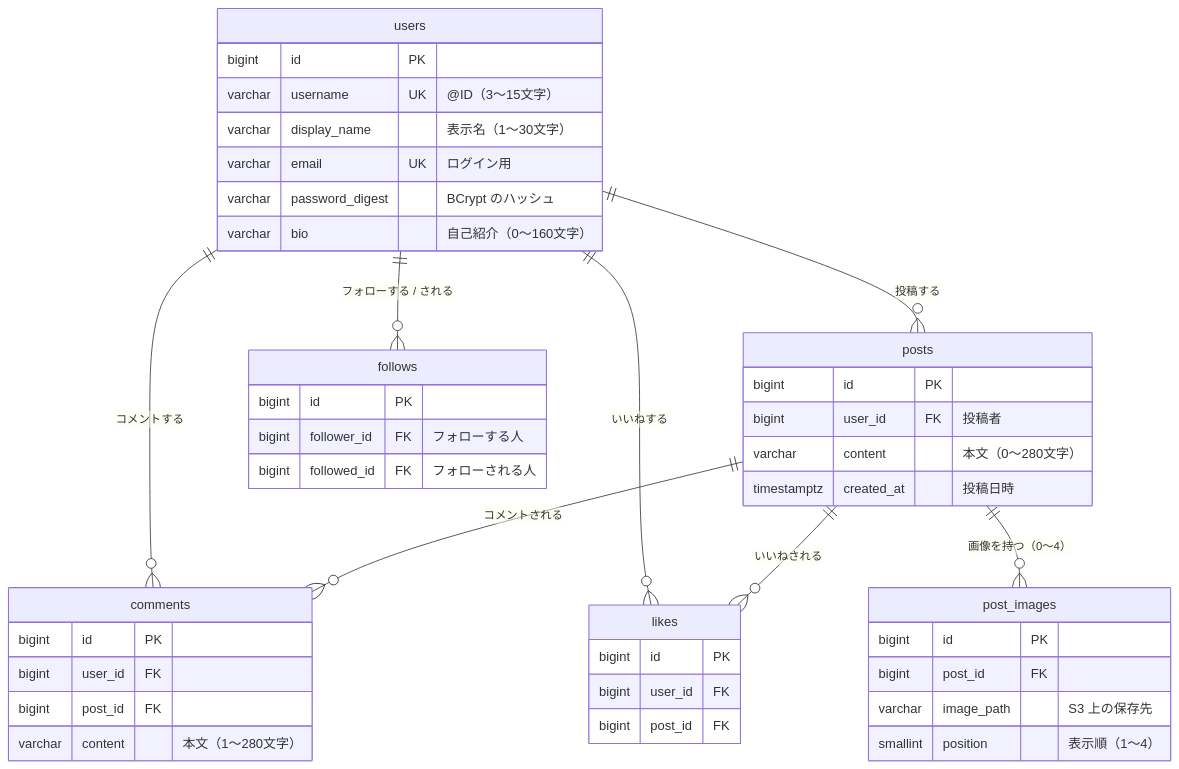
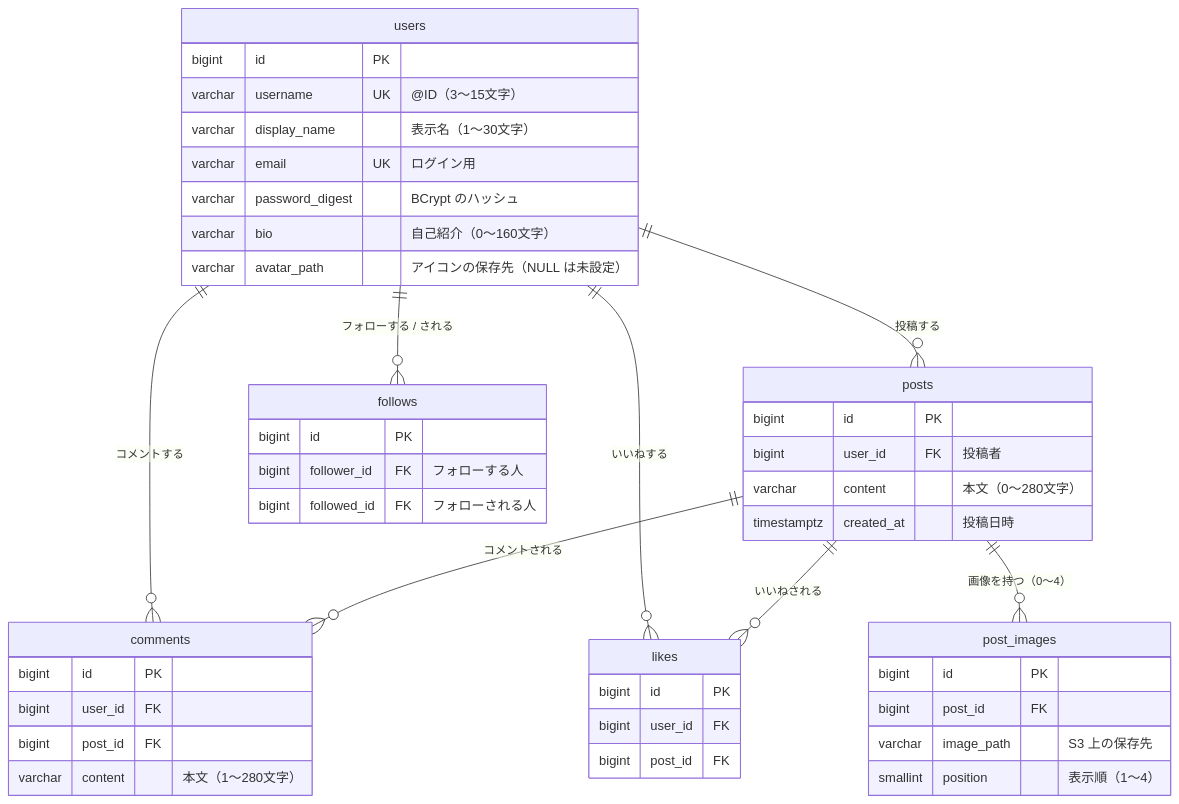
One commit to KeiT0773/RaiseTimeline changed the third of 4 diagrams in README.md. Above: the diagram before and after it, drawn with Mermaid. The commit also changed other lines of this file and 13 other files, not shown here.

````diff
--- a/README.md
+++ b/README.md
@@ -220,47 +220,48 @@
 ```mermaid
 erDiagram
     users ||--o{ posts       : "投稿する"
     users ||--o{ comments    : "コメントする"
     users ||--o{ likes       : "いいねする"
     users ||--o{ follows     : "フォローする / される"
     posts ||--o{ comments    : "コメントされる"
     posts ||--o{ likes       : "いいねされる"
     posts ||--o{ post_images : "画像を持つ（0〜4）"
 
     users {
         bigint id PK
         varchar username UK "@ID（3〜15文字）"
         varchar display_name "表示名（1〜30文字）"
         varchar email UK "ログイン用"
         varchar password_digest "BCrypt のハッシュ"
         varchar bio "自己紹介（0〜160文字）"
+        varchar avatar_path "アイコンの保存先（NULL は未設定）"
     }
     posts {
         bigint id PK
         bigint user_id FK "投稿者"
         varchar content "本文（0〜280文字）"
         timestamptz created_at "投稿日時"
     }
     post_images {
         bigint id PK
         bigint post_id FK
         varchar image_path "S3 上の保存先"
         smallint position "表示順（1〜4）"
     }
     comments {
         bigint id PK
         bigint user_id FK
         bigint post_id FK
         varchar content "本文（1〜280文字）"
     }
     likes {
         bigint id PK
         bigint user_id FK
         bigint post_id FK
     }
     follows {
         bigint id PK
         bigint follower_id FK "フォローする人"
         bigint followed_id FK "フォローされる人"
     }
 ```
````
